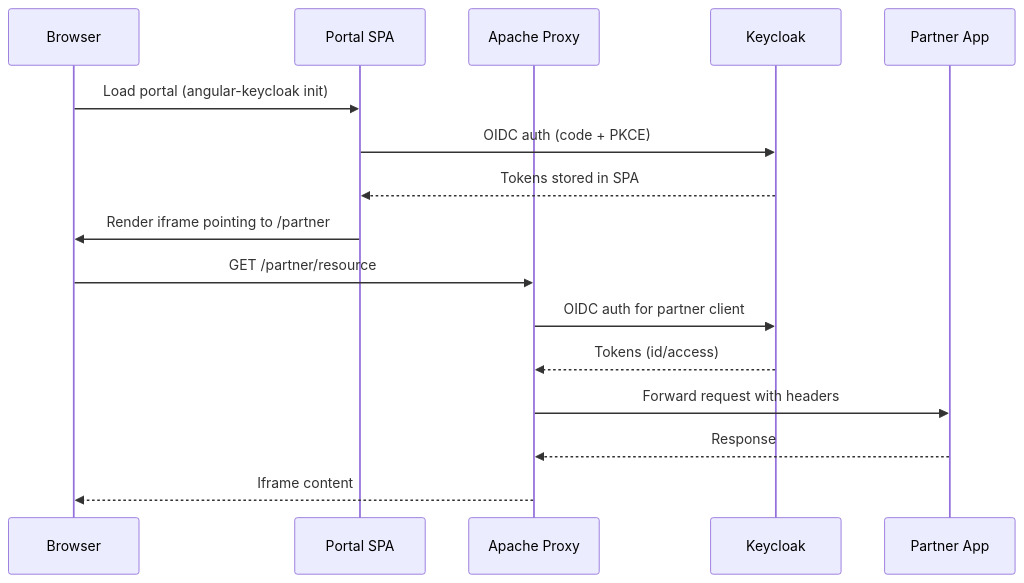
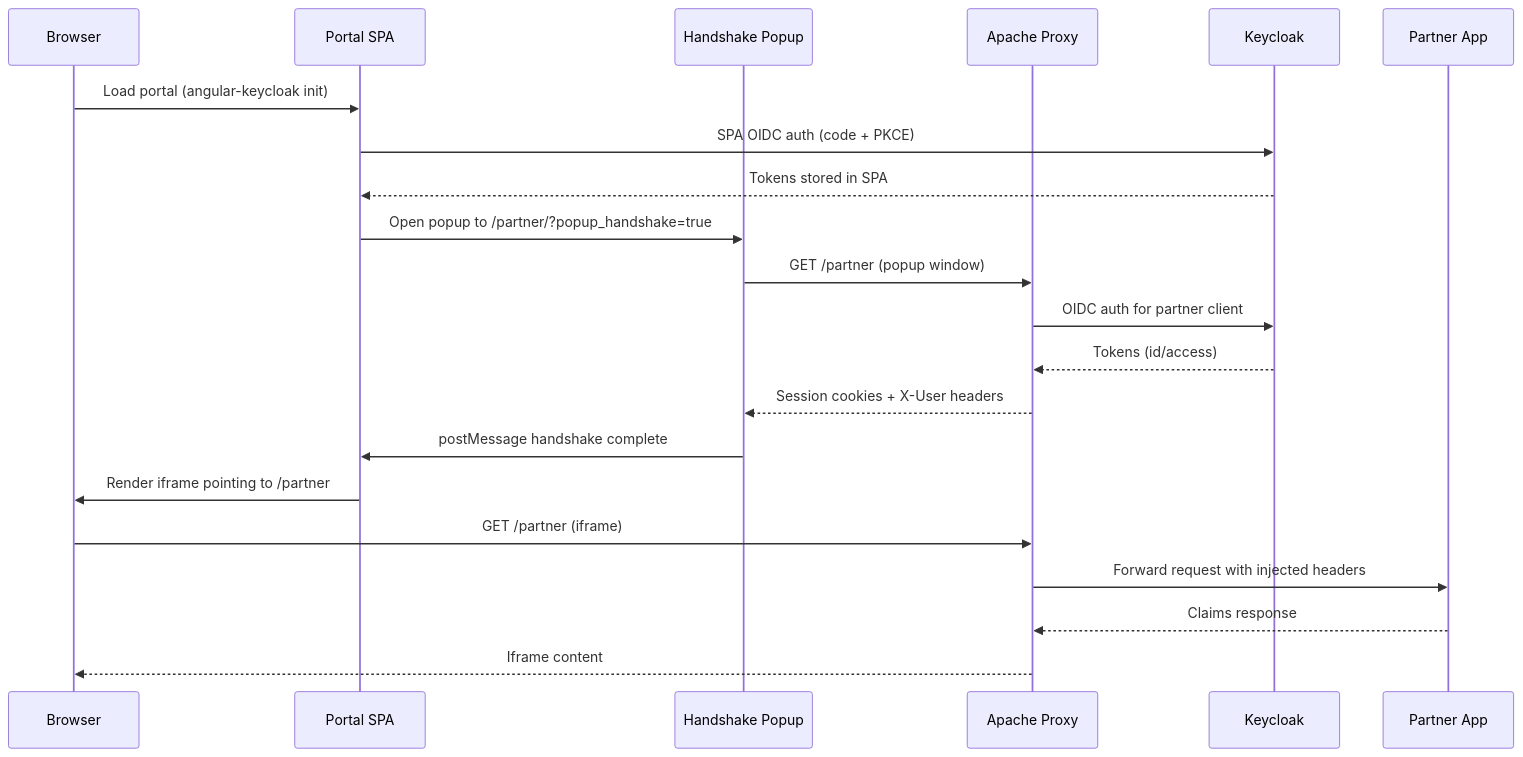
Before and after one commit to ktogias/oidc-ssl-iframe-integration: the second of 2 diagrams in README.md, drawn with Mermaid. The commit also changed other lines of this file, not shown here.

Commit message:
Document popup workflow in README

````diff
--- a/README.md
+++ b/README.md
@@ -66,20 +66,25 @@
 ```mermaid
 sequenceDiagram
     participant B as Browser
     participant P as Portal SPA
+    participant H as Handshake Popup
     participant A as Apache Proxy
     participant K as Keycloak
     participant X as Partner App
 
     B->>P: Load portal (angular-keycloak init)
-    P->>K: OIDC auth (code + PKCE)
+    P->>K: SPA OIDC auth (code + PKCE)
     K-->>P: Tokens stored in SPA
-    P->>B: Render iframe pointing to /partner
-    B->>A: GET /partner/resource
+    P->>H: Open popup to /partner/?popup_handshake=true
+    H->>A: GET /partner (popup window)
     A->>K: OIDC auth for partner client
     K-->>A: Tokens (id/access)
-    A->>X: Forward request with headers
-    X-->>A: Response
+    A-->>H: Session cookies + X-User headers
+    H->>P: postMessage handshake complete
+    P->>B: Render iframe pointing to /partner
+    B->>A: GET /partner (iframe)
+    A->>X: Forward request with injected headers
+    X-->>A: Claims response
     A-->>B: Iframe content
 
 ```
````
